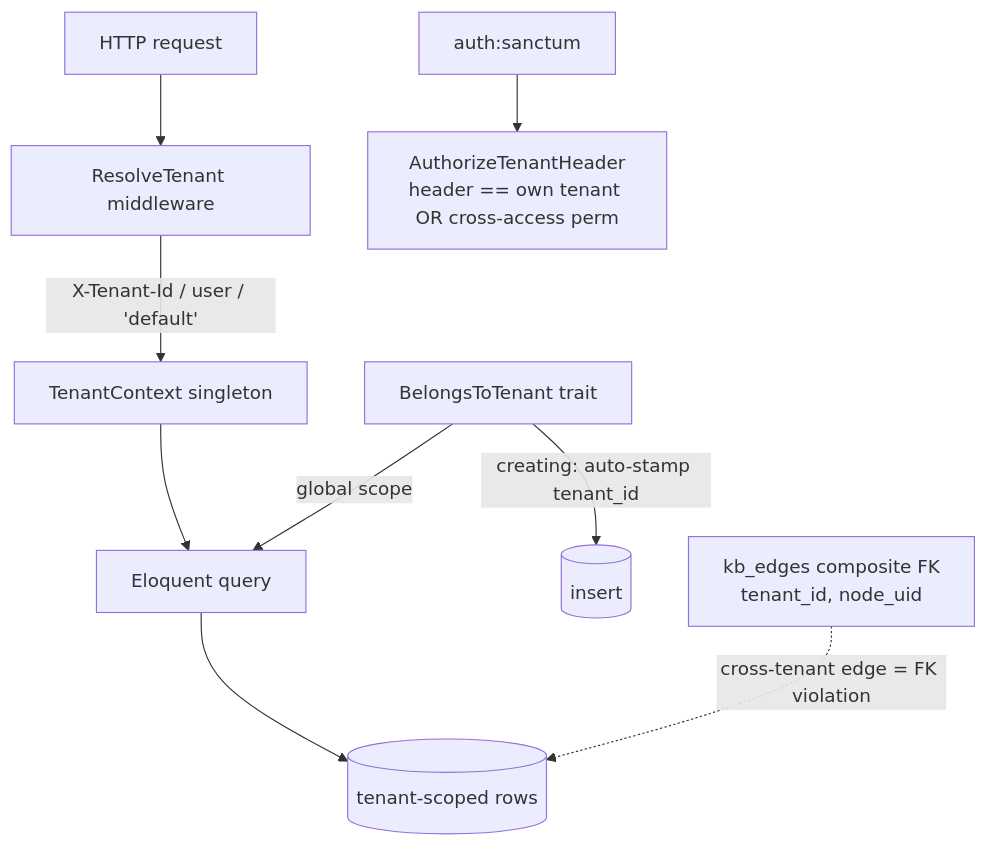
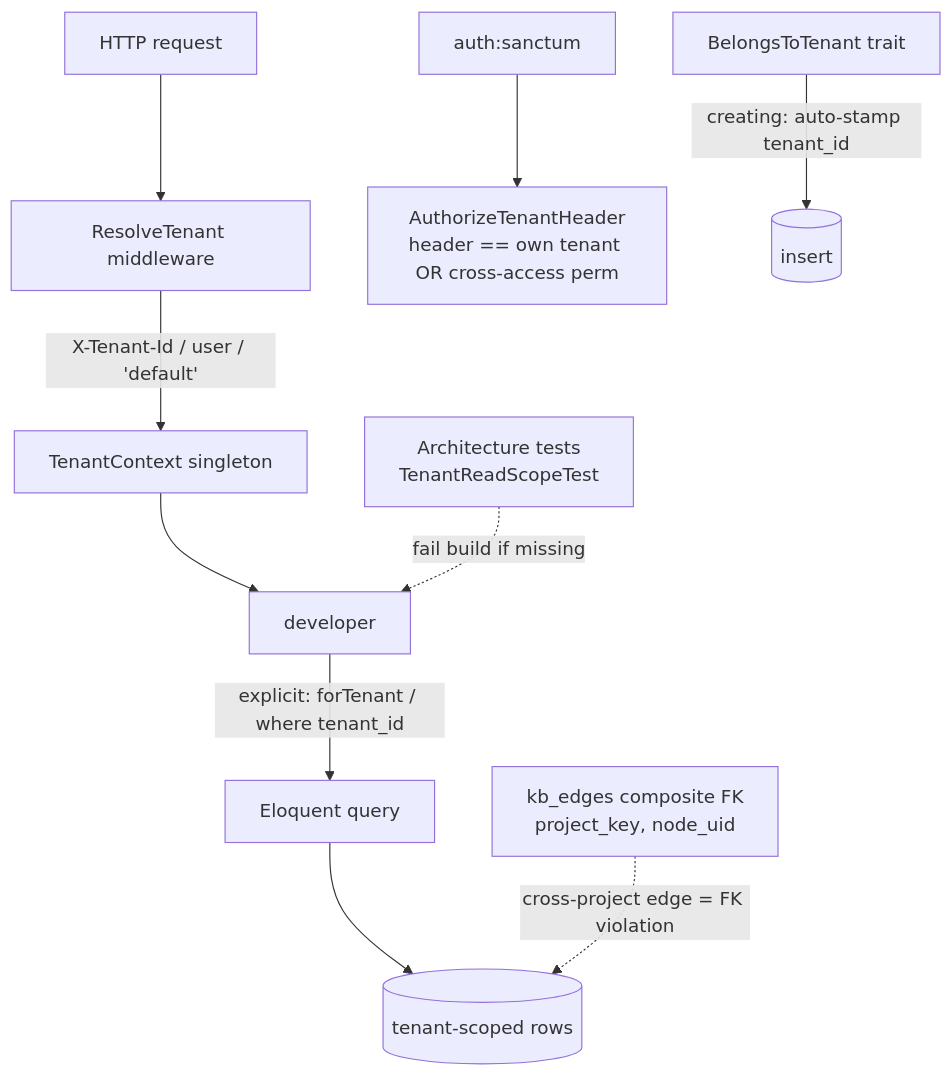
Before and after one commit to lopadova/AskMyDocs: the diagram in docs-site/multi-tenant-isolation.mdx, drawn with Mermaid. The commit also changed other lines of this file and 3 other files, not shown here.

````diff
--- a/docs-site/multi-tenant-isolation.mdx
+++ b/docs-site/multi-tenant-isolation.mdx
@@ -26,11 +26,12 @@
 ```mermaid
 flowchart TD
     REQ[HTTP request] --> RT[ResolveTenant middleware]
     RT -->|X-Tenant-Id / user / 'default'| TC[TenantContext singleton]
     AUTH[auth:sanctum] --> ATH[AuthorizeTenantHeader<br/>header == own tenant OR cross-access perm]
-    TC --> Q[Eloquent query]
-    BT[BelongsToTenant trait] -->|global scope| Q
-    BT -->|creating: auto-stamp tenant_id| INS[(insert)]
+    TC --> DEV[developer]
+    DEV -->|explicit: forTenant / where tenant_id| Q[Eloquent query]
+    BT[BelongsToTenant trait] -->|creating: auto-stamp tenant_id| INS[(insert)]
+    ARCH[Architecture tests<br/>TenantReadScopeTest] -.->|fail build if missing| DEV
     Q --> DB[(tenant-scoped rows)]
-    FK[kb_edges composite FK<br/>tenant_id, node_uid] -.->|cross-tenant edge = FK violation| DB
+    FK[kb_edges composite FK<br/>project_key, node_uid] -.->|cross-project edge = FK violation| DB
 ```
````
